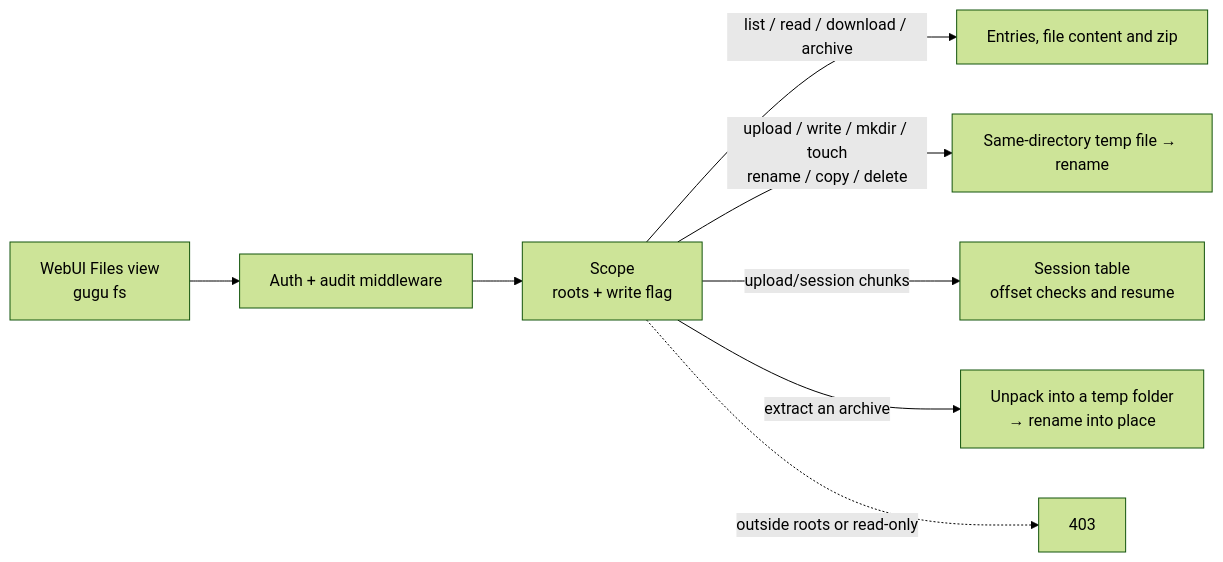
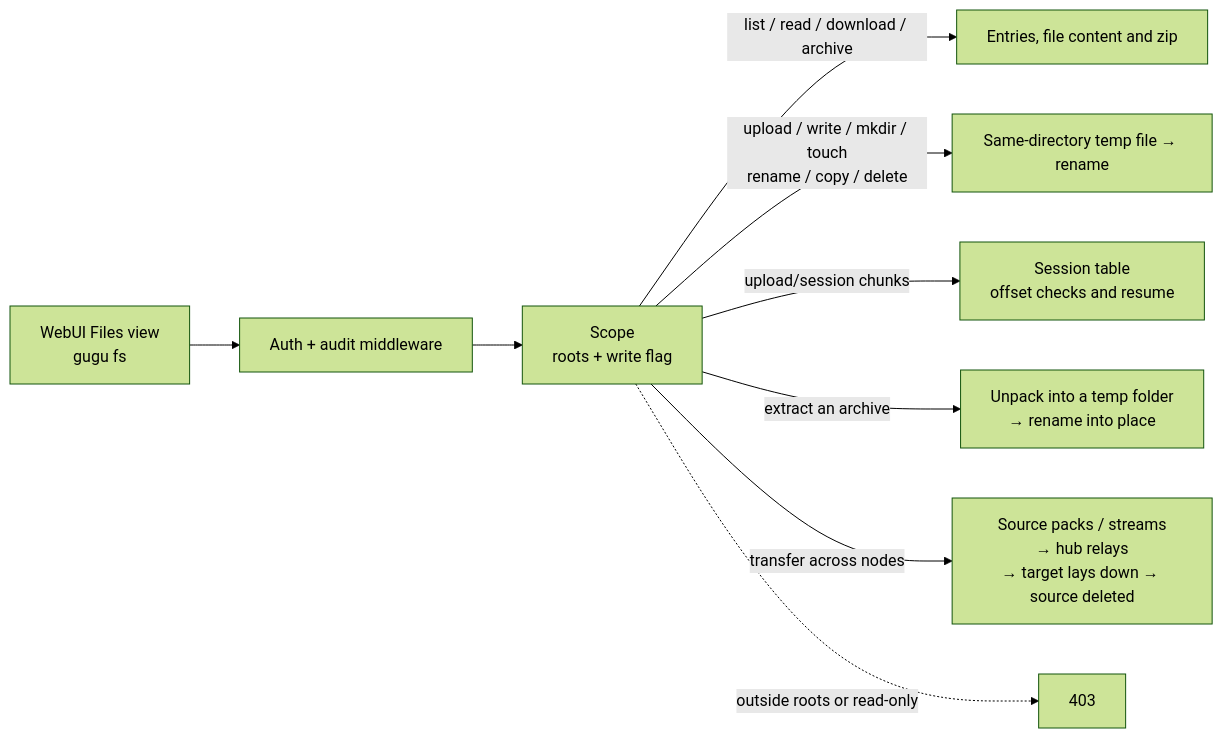
Before and after one commit to hongweifei/gugu-guard: the first of 2 diagrams in README_EN.md, drawn with Mermaid (forest theme). The commit also changed other lines of this file and 18 other files, not shown here.

````diff
--- a/README_EN.md
+++ b/README_EN.md
@@ -506,10 +511,11 @@
 ```mermaid
 flowchart LR
     U["WebUI Files view<br/>gugu fs"] --> A["Auth + audit middleware"]
     A --> S["Scope<br/>roots + write flag"]
     S -->|"list / read / download / archive"| R["Entries, file content and zip"]
     S -->|"upload / write / mkdir / touch<br/>rename / copy / delete"| W["Same-directory temp file → rename"]
     S -->|"upload/session chunks"| C["Session table<br/>offset checks and resume"]
     S -->|"extract an archive"| X["Unpack into a temp folder<br/>→ rename into place"]
+    S -->|"transfer across nodes"| T["Source packs / streams<br/>→ hub relays<br/>→ target lays down → source deleted"]
     S -.->|"outside roots or read-only"| D["403"]
 ```
````
